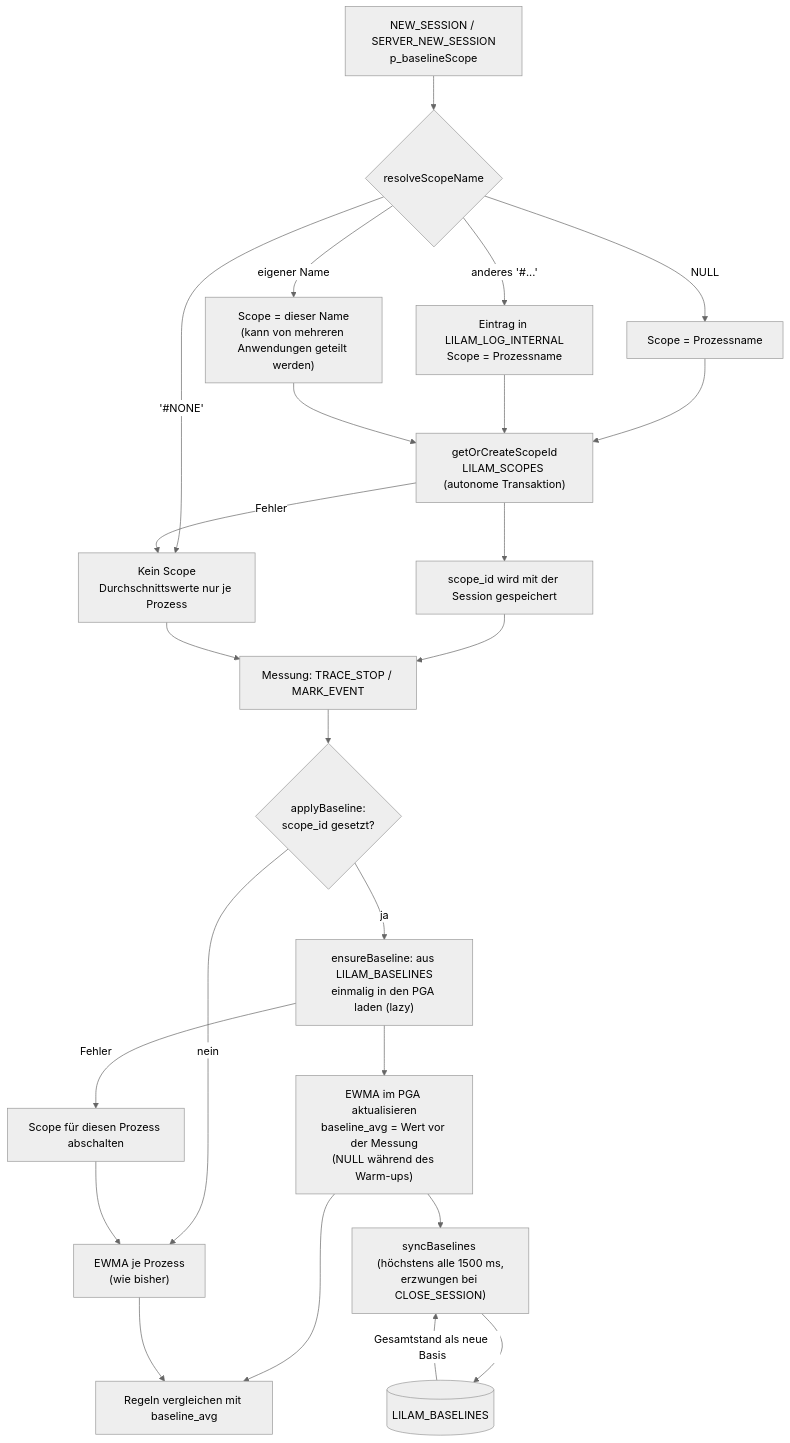
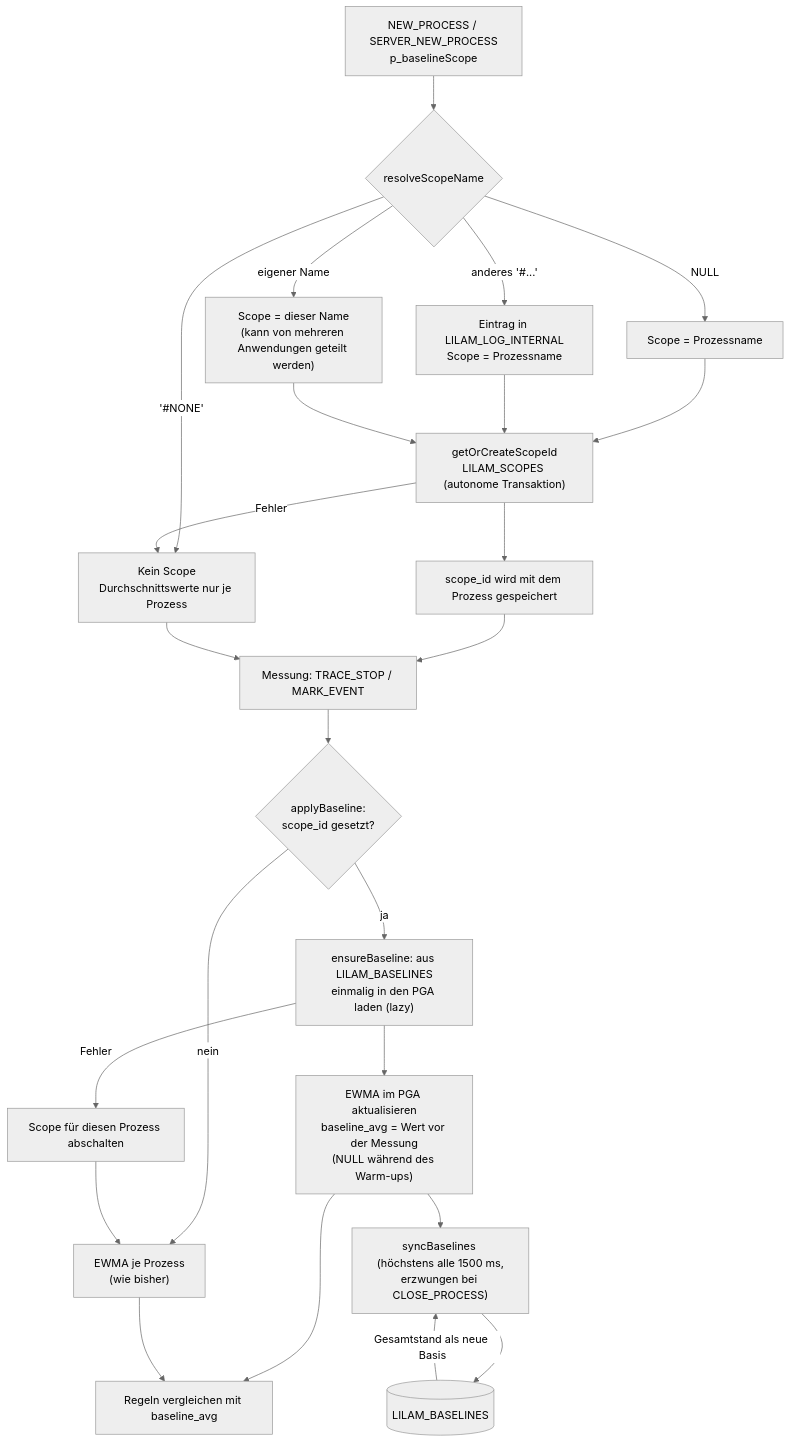
One commit to dirkgermany/LILAM changed the fourth of 4 diagrams in docs/Architektur und Konzepte.md. Above: the diagram before and after it, drawn with Mermaid (neutral theme). The commit also changed other lines of this file and 44 other files, not shown here.

First line of the commit message:
NEW_PROCESS/SERVER_NEW_PROCESS/CLOSE_PROCESS statt *_SESSION

````diff
--- a/docs/Architektur und Konzepte.md
+++ b/docs/Architektur und Konzepte.md
@@ -425,26 +437,26 @@
 ```mermaid
 flowchart TD
-    NS["NEW_SESSION / SERVER_NEW_SESSION<br/>p_baselineScope"] --> RS{"resolveScopeName"}
+    NS["NEW_PROCESS / SERVER_NEW_PROCESS<br/>p_baselineScope"] --> RS{"resolveScopeName"}
     RS -- "NULL" --> PN["Scope = Prozessname"]
     RS -- "'#NONE'" --> NO["Kein Scope<br/>Durchschnittswerte nur je Prozess"]
     RS -- "anderes '#...'" --> WARN["Eintrag in LILAM_LOG_INTERNAL<br/>Scope = Prozessname"]
     RS -- "eigener Name" --> OWN["Scope = dieser Name<br/>(kann von mehreren Anwendungen geteilt werden)"]
     PN --> GS
     WARN --> GS
     OWN --> GS["getOrCreateScopeId<br/>LILAM_SCOPES (autonome Transaktion)"]
     GS -- "Fehler" --> NO
-    GS --> SID["scope_id wird mit der Session gespeichert"]
+    GS --> SID["scope_id wird mit dem Prozess gespeichert"]
 
     SID --> M["Messung: TRACE_STOP / MARK_EVENT"]
     NO --> M
     M --> AB{"applyBaseline:<br/>scope_id gesetzt?"}
     AB -- nein --> LOC["EWMA je Prozess<br/>(wie bisher)"]
     AB -- ja --> EB["ensureBaseline: aus LILAM_BASELINES<br/>einmalig in den PGA laden (lazy)"]
     EB --> UPD["EWMA im PGA aktualisieren<br/>baseline_avg = Wert vor der Messung<br/>(NULL während des Warm-ups)"]
     EB -- "Fehler" --> OFF["Scope für diesen Prozess abschalten"] --> LOC
     UPD --> RULE["Regeln vergleichen mit baseline_avg"]
     LOC --> RULE
-    UPD --> SYNC["syncBaselines (höchstens alle 1500 ms,<br/>erzwungen bei CLOSE_SESSION)"]
+    UPD --> SYNC["syncBaselines (höchstens alle 1500 ms,<br/>erzwungen bei CLOSE_PROCESS)"]
     SYNC --> DB[("LILAM_BASELINES")]
     DB -- "Gesamtstand als neue Basis" --> SYNC
 ```
````
